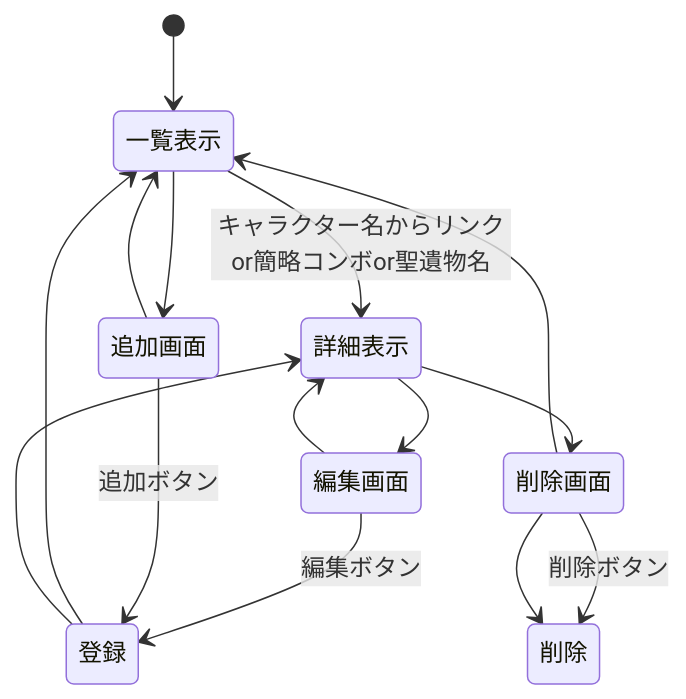
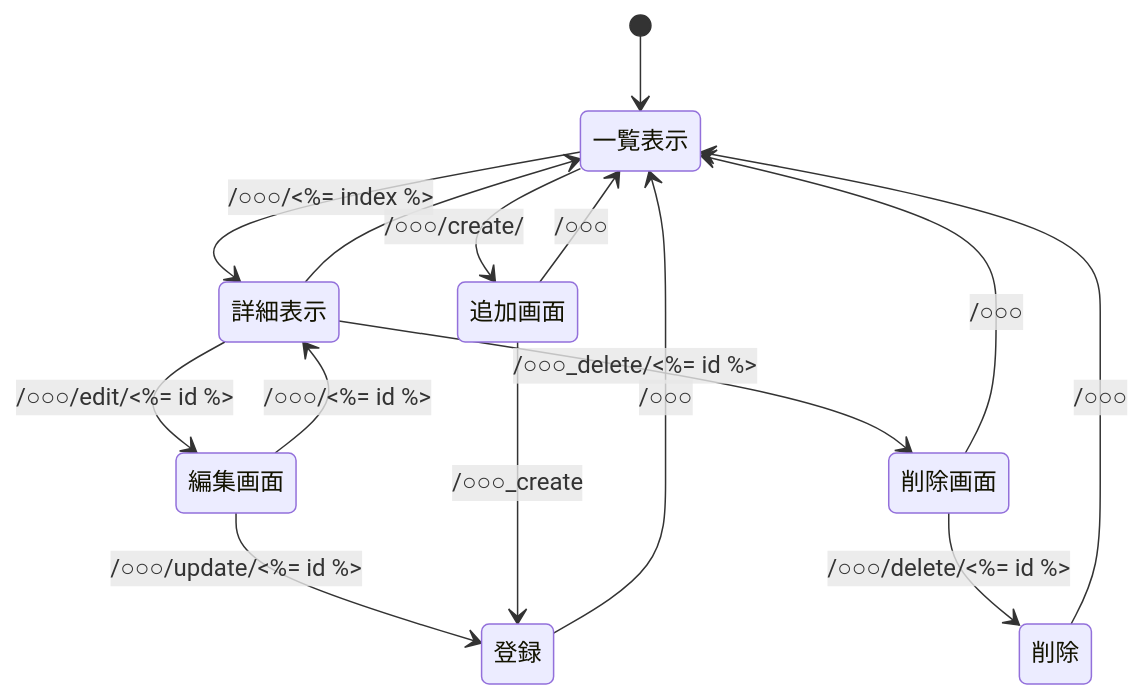
The diagram in spec.md (senhari08038010-spec/webpro_06), drawn with Mermaid before and after one commit. The commit also changed other lines of this file and 11 other files, not shown here.

````diff
--- a/spec.md
+++ b/spec.md
@@ -77,17 +81,17 @@
 ```mermaid
 stateDiagram-v2
     [*] --> 一覧表示
-    一覧表示 --> 詳細表示: キャラクター名からリンクor簡略コンボor聖遺物名
-    詳細表示 --> 編集画面
-    詳細表示 --> 削除画面
-    編集画面 --> 登録: 編集ボタン
-    編集画面 --> 詳細表示
-    登録 --> 一覧表示
-    登録 --> 詳細表示
-    一覧表示 --> 追加画面
-    追加画面 --> 登録: 追加ボタン
-    追加画面 --> 一覧表示
-    削除画面 --> 削除: 削除ボタン
-    削除画面 --> 一覧表示
-    削除画面 --> 削除
+    一覧表示 --> 詳細表示: /○○○/<%= index %>
+    詳細表示 --> 編集画面: /○○○/edit/<%= id %>
+    詳細表示 --> 削除画面: /○○○_delete/<%= id %>
+    詳細表示 --> 一覧表示
+    編集画面 --> 登録: /○○○/update/<%= id %>
+    編集画面 --> 詳細表示: /○○○/<%= id %>
+    登録 --> 一覧表示: /○○○
+    一覧表示 --> 追加画面: /○○○/create/
+    追加画面 --> 登録: /○○○_create
+    追加画面 --> 一覧表示: /○○○
+    削除画面 --> 削除: /○○○/delete/<%= id %>
+    削除画面 --> 一覧表示: /○○○
+    削除 --> 一覧表示 : /○○○
 ```
````
